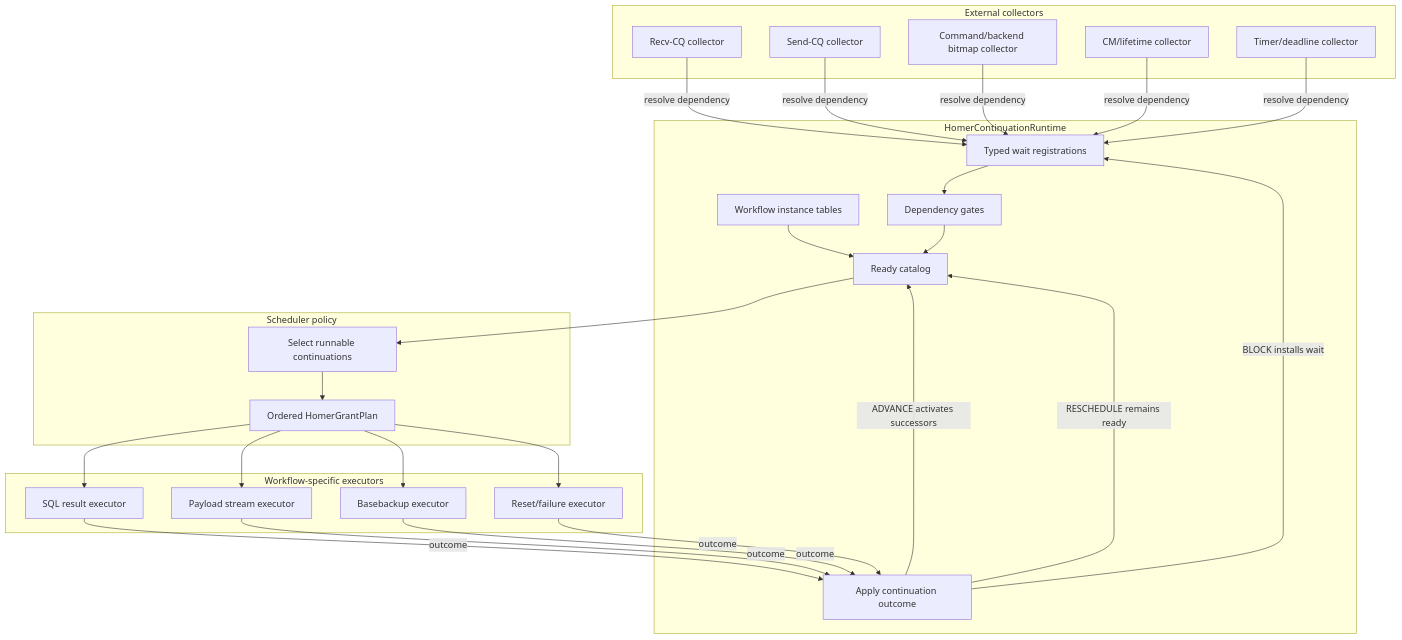
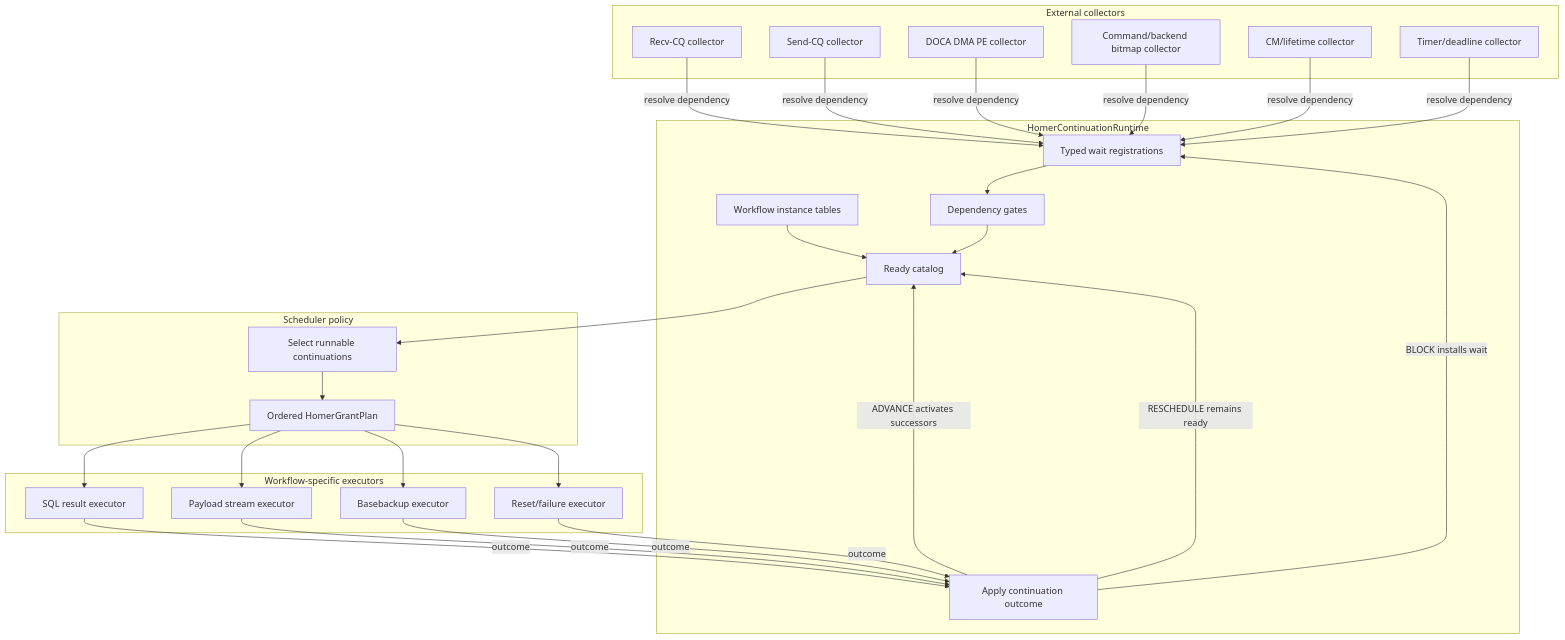
Before and after one commit to fardatalab/postgres-dbcomm: the first of 5 diagrams in docs/kb/future-directions/citus/transport/homer_continuation_graph_scheduler_plan.md, drawn with Mermaid. The commit also changed other lines of this file and 1 other file, not shown here.

````diff
--- a/docs/kb/future-directions/citus/transport/homer_continuation_graph_scheduler_plan.md
+++ b/docs/kb/future-directions/citus/transport/homer_continuation_graph_scheduler_plan.md
@@ -236,55 +337,57 @@
 ```mermaid
 flowchart TD
     subgraph ExternalCollectors[External collectors]
         RecvCQ[Recv-CQ collector]
         SendCQ[Send-CQ collector]
+        DMA[DOCA DMA PE collector]
         Bitmap[Command/backend bitmap collector]
         CM[CM/lifetime collector]
         Timer[Timer/deadline collector]
     end
 
     subgraph Runtime[HomerContinuationRuntime]
         Registry[Workflow instance tables]
         Gates[Dependency gates]
         Waits[Typed wait registrations]
         Ready[Ready catalog]
         Apply[Apply continuation outcome]
     end
 
     subgraph Scheduler[Scheduler policy]
         Select[Select runnable continuations]
         Grants[Ordered HomerGrantPlan]
     end
 
     subgraph WorkflowExec[Workflow-specific executors]
         SQL[SQL result executor]
         Payload[Payload stream executor]
         Backup[Basebackup executor]
         Reset[Reset/failure executor]
     end
 
     RecvCQ -->|resolve dependency| Waits
     SendCQ -->|resolve dependency| Waits
+    DMA -->|resolve dependency| Waits
     Bitmap -->|resolve dependency| Waits
     CM -->|resolve dependency| Waits
     Timer -->|resolve dependency| Waits
 
     Waits --> Gates
     Gates --> Ready
     Registry --> Ready
     Ready --> Select
     Select --> Grants
     Grants --> SQL
     Grants --> Payload
     Grants --> Backup
     Grants --> Reset
 
     SQL -->|outcome| Apply
     Payload -->|outcome| Apply
     Backup -->|outcome| Apply
     Reset -->|outcome| Apply
 
     Apply -->|ADVANCE activates successors| Ready
     Apply -->|BLOCK installs wait| Waits
     Apply -->|RESCHEDULE remains ready| Ready
 ```
````
